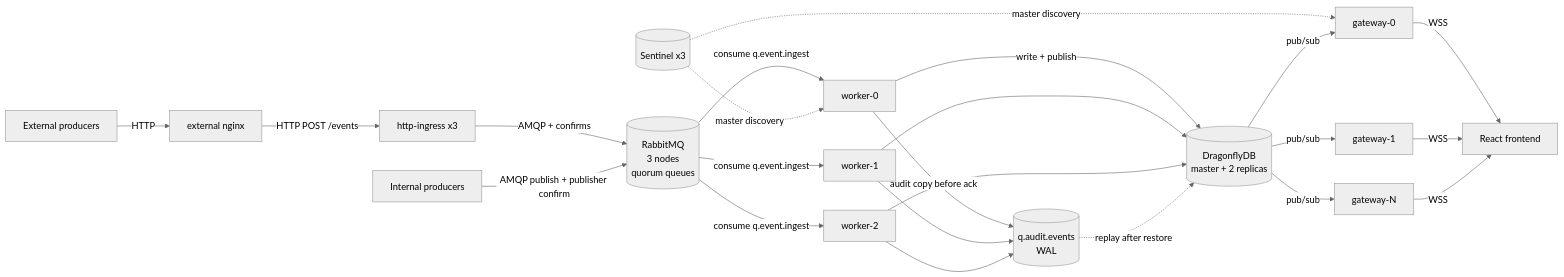
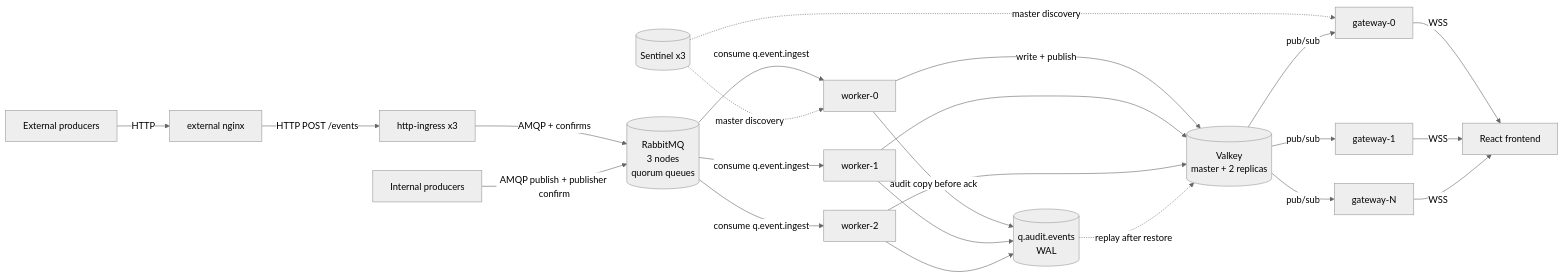
Before and after one commit to cucumberone/fire-watch: the diagram in docs/architecture.md, drawn with Mermaid (neutral theme). The commit also changed other lines of this file and 92 other files, not shown here.

````diff
--- a/docs/architecture.md
+++ b/docs/architecture.md
@@ -35,26 +35,26 @@
 ```mermaid
 flowchart LR
   EXT[External producers] -->|HTTP| NGX[external nginx]
   NGX -->|HTTP POST /events| ING[http-ingress x3]
   ING -->|AMQP + confirms| RMQ[(RabbitMQ<br/>3 nodes<br/>quorum queues)]
   P[Internal producers] -->|AMQP publish + publisher confirm| RMQ
   RMQ -->|consume q.event.ingest| W1[worker-0]
   RMQ -->|consume q.event.ingest| W2[worker-1]
   RMQ -->|consume q.event.ingest| W3[worker-2]
   W1 -->|write + publish| DF
   W2 --> DF
   W3 --> DF
   W1 -->|audit copy before ack| AUD[(q.audit.events<br/>WAL)]
   W2 --> AUD
   W3 --> AUD
   AUD -.->|replay after restore| DF
-  DF[(DragonflyDB<br/>master + 2 replicas)]
+  DF[(Valkey<br/>master + 2 replicas)]
   S[(Sentinel x3)] -.->|master discovery| W1
   S -.->|master discovery| G1
   DF -->|pub/sub| G1[gateway-0]
   DF -->|pub/sub| G2[gateway-1]
   DF -->|pub/sub| GN[gateway-N]
   G1 -->|WSS| FE[React frontend]
   G2 -->|WSS| FE
   GN -->|WSS| FE
 ```
````
